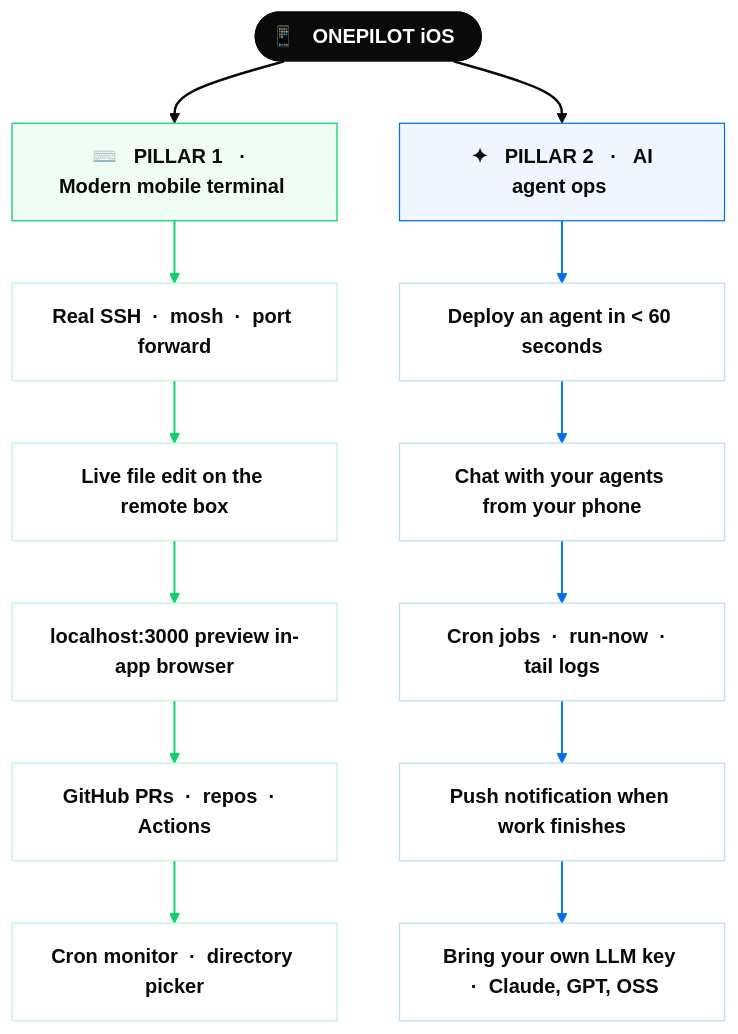
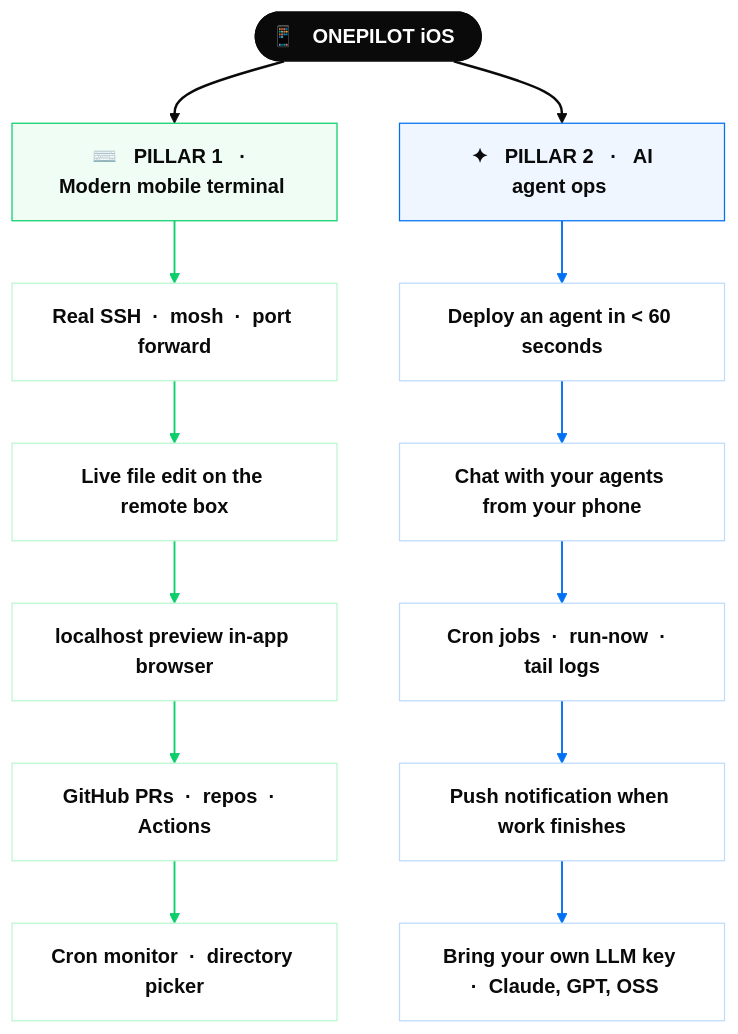
The first of 3 diagrams in README.md (sofiane8910/onepilotapp), drawn with Mermaid (base theme) before and after one commit. The commit also changed other lines of this file, not shown here.

````diff
--- a/README.md
+++ b/README.md
@@ -35,34 +35,34 @@
 ```mermaid
 flowchart TB
     P(["📱 &nbsp;&nbsp;ONEPILOT iOS&nbsp;&nbsp;"])
 
     P ==> T["&nbsp;⌨️ &nbsp;&nbsp;PILLAR 1 &nbsp;&nbsp;·&nbsp;&nbsp; Modern mobile terminal&nbsp;"]
     P ==> A["&nbsp;✦ &nbsp;&nbsp;PILLAR 2 &nbsp;&nbsp;·&nbsp;&nbsp; AI agent ops&nbsp;"]
 
     T --> T1["Real SSH &nbsp;·&nbsp; mosh &nbsp;·&nbsp; port forward"]
     T1 --> T2["Live file edit on the remote box"]
-    T2 --> T3["localhost:3000 preview in-app browser"]
+    T2 --> T3["localhost preview in-app browser"]
     T3 --> T4["GitHub PRs &nbsp;·&nbsp; repos &nbsp;·&nbsp; Actions"]
     T4 --> T5["Cron monitor &nbsp;·&nbsp; directory picker"]
 
     A --> A1["Deploy an agent in &lt; 60 seconds"]
     A1 --> A2["Chat with your agents from your phone"]
     A2 --> A3["Cron jobs &nbsp;·&nbsp; run-now &nbsp;·&nbsp; tail logs"]
     A3 --> A4["Push notification when work finishes"]
     A4 --> A5["Bring your own LLM key &nbsp;·&nbsp; Claude, GPT, OSS"]
 
     linkStyle 0,1 stroke:#0a0a0a,stroke-width:2px
     linkStyle 2,3,4,5,6 stroke:#0cce6b,stroke-width:1.5px
     linkStyle 7,8,9,10,11 stroke:#0070f3,stroke-width:1.5px
 
     classDef root fill:#0a0a0a,stroke:#0a0a0a,color:#fff,font-weight:bold
     classDef pillar1 fill:#f0fdf4,stroke:#0cce6b,color:#0a0a0a,font-weight:bold
     classDef pillar2 fill:#eff6ff,stroke:#0070f3,color:#0a0a0a,font-weight:bold
     classDef leaf1 fill:#ffffff,stroke:#bbf7d0,color:#0a0a0a
     classDef leaf2 fill:#ffffff,stroke:#bfdbfe,color:#0a0a0a
     class P root
     class T pillar1
     class A pillar2
     class T1,T2,T3,T4,T5 leaf1
     class A1,A2,A3,A4,A5 leaf2
 ```
````
